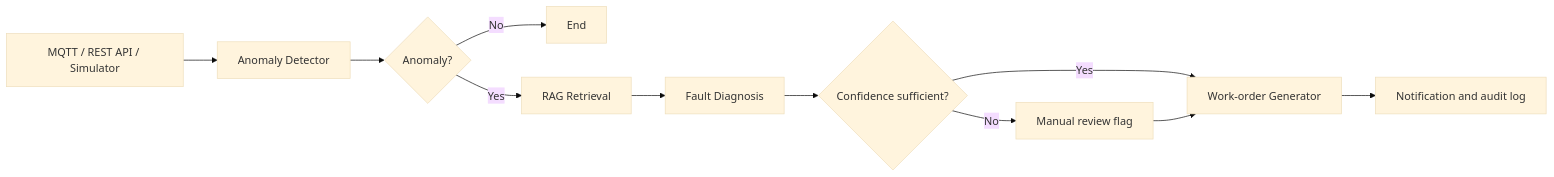
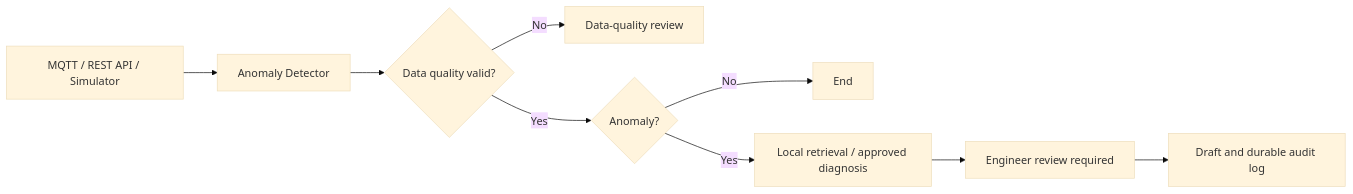
The diagram in README.md (AikingChoice/industrial-inspection-agent), drawn with Mermaid (base theme) before and after one commit. The commit also changed other lines of this file and 16 other files, not shown here.

````diff
--- a/README.md
+++ b/README.md
@@ -24,13 +24,11 @@
 ```mermaid
 flowchart LR
     A["MQTT / REST API / Simulator"] --> B["Anomaly Detector"]
-    B --> C{"Anomaly?"}
-    C -- No --> Z["End"]
-    C -- Yes --> D["RAG Retrieval"]
-    D --> E["Fault Diagnosis"]
-    E --> F{"Confidence sufficient?"}
-    F -- No --> G["Manual review flag"]
-    F -- Yes --> H["Work-order Generator"]
-    G --> H
-    H --> I["Notification and audit log"]
+    B --> C{"Data quality valid?"}
+    C -- No --> D["Data-quality review"]
+    C -- Yes --> E{"Anomaly?"}
+    E -- No --> Z["End"]
+    E -- Yes --> F["Local retrieval / approved diagnosis"]
+    F --> G["Engineer review required"]
+    G --> H["Draft and durable audit log"]
 ```
````
